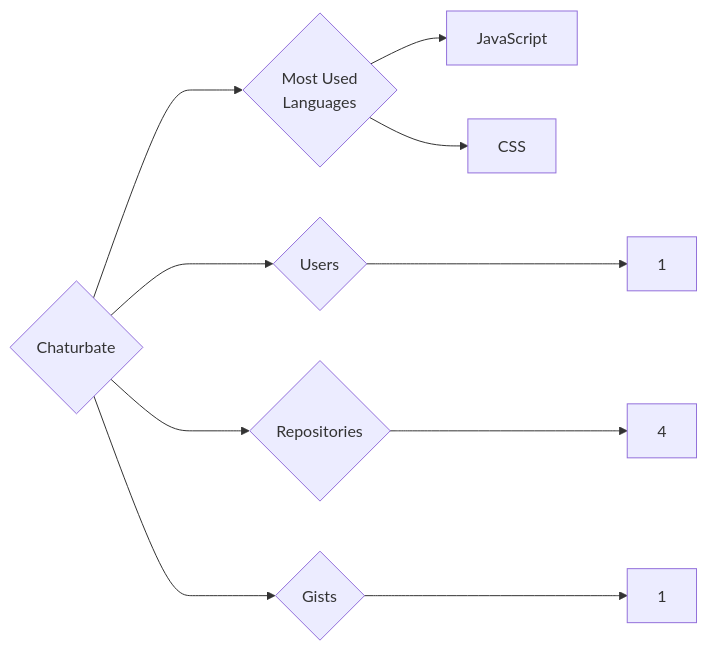
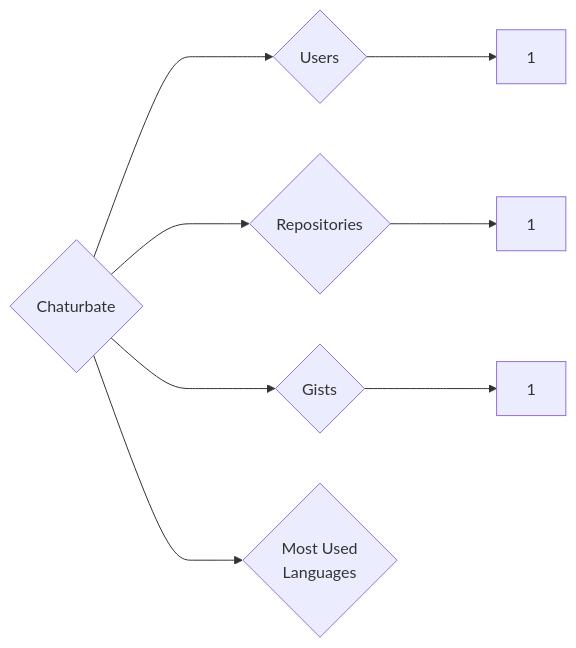
Before and after one commit to trickest/insiders: the diagram in targets/Chaturbate/README.md, drawn with Mermaid. The commit also changed 1148 other files, not shown here.

````diff
--- a/targets/Chaturbate/README.md
+++ b/targets/Chaturbate/README.md
@@ -3,10 +3,8 @@
 ```mermaid
 graph LR
 COMPANY_NAME{Chaturbate}
 COMPANY_NAME ---> U{Users} ---> UN[1]
-COMPANY_NAME ---> R{Repositories} ---> RN[4]
+COMPANY_NAME ---> R{Repositories} ---> RN[1]
 COMPANY_NAME ---> G{Gists} ---> GN[1]
 COMPANY_NAME ---> ML{Most Used<br>Languages}
-ML --> JavaScript[JavaScript]
-ML --> CSS[CSS]
 ```
````
